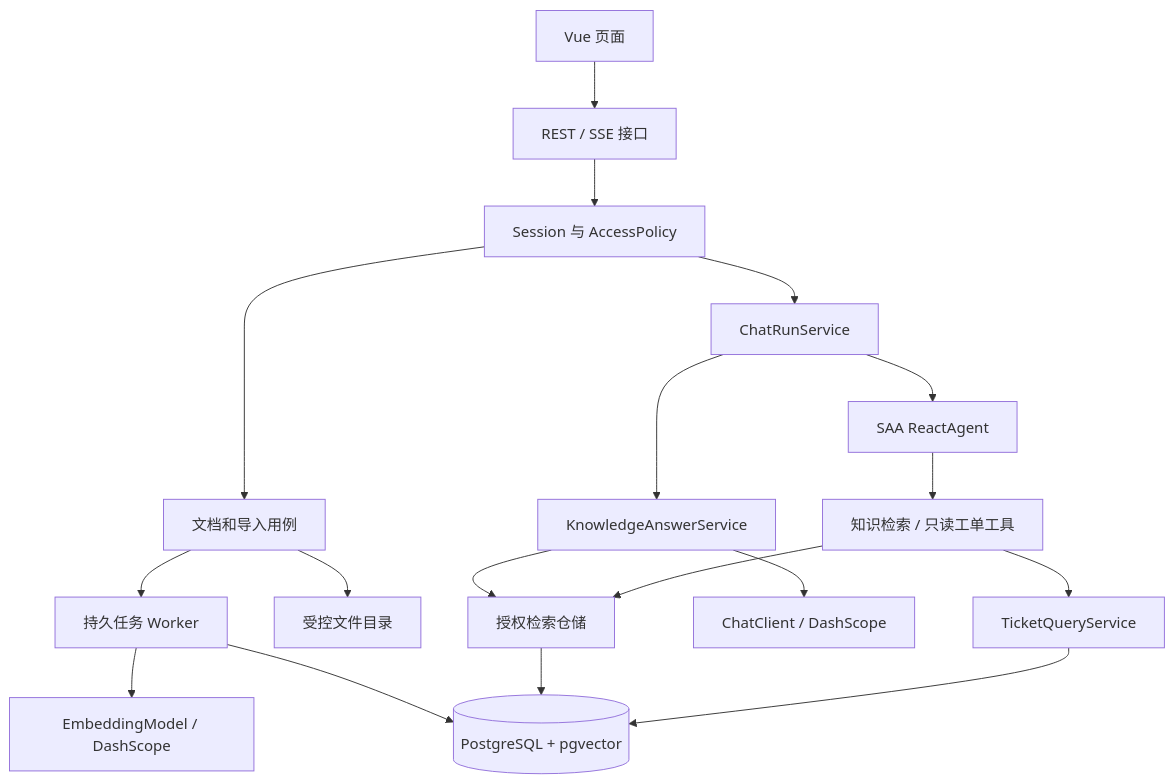
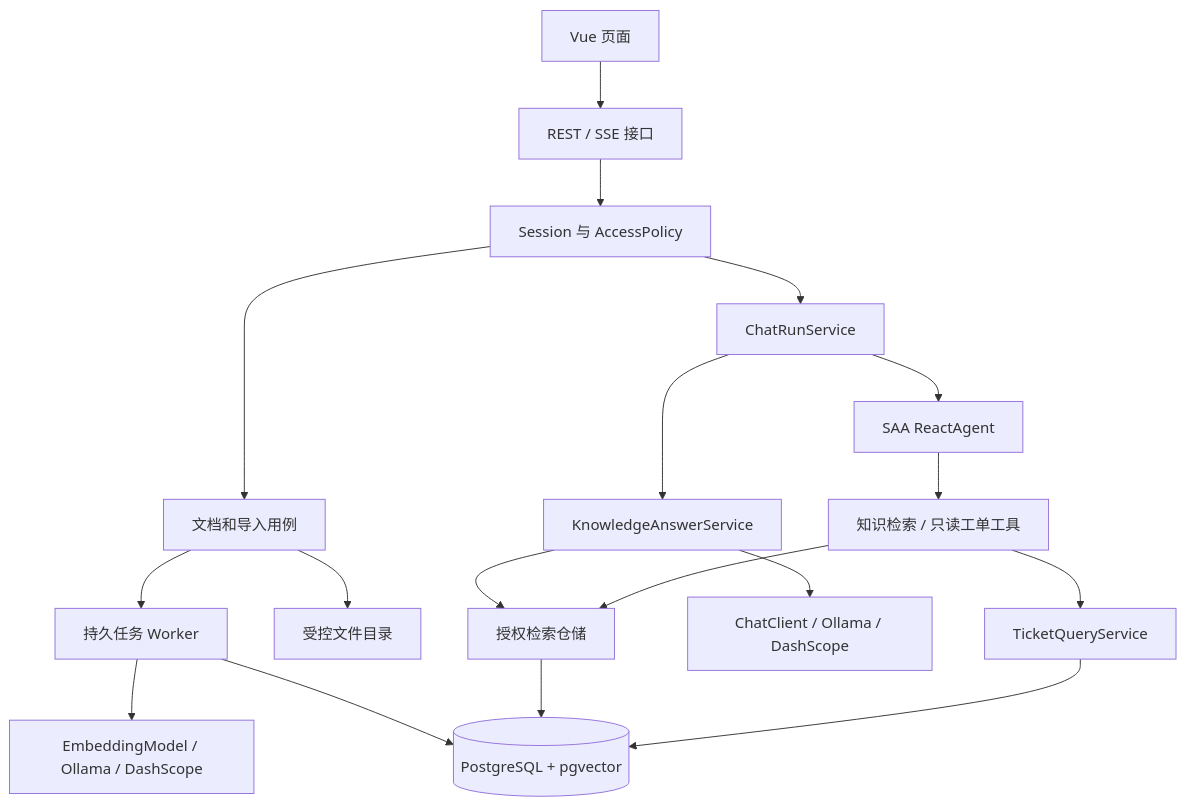
The first of 2 diagrams in doc/技术设计大纲.md (linhaha-ai/support-ai), drawn with Mermaid before and after one commit. The commit also changed other lines of this file and 40 other files, not shown here.

First line of the commit message:
feat: 建立 F01 工程基础并支持 Ollama 与 DashScope

````diff
--- a/doc/技术设计大纲.md
+++ b/doc/技术设计大纲.md
@@ -191,20 +194,20 @@
 ```mermaid
 flowchart TB
   WEB[Vue 页面] --> API[REST / SSE 接口]
   API --> AUTH[Session 与 AccessPolicy]
   AUTH --> DOC[文档和导入用例]
   AUTH --> RUN[ChatRunService]
   DOC --> WORKER[持久任务 Worker]
-  WORKER --> EMB[EmbeddingModel / DashScope]
+  WORKER --> EMB[EmbeddingModel / Ollama / DashScope]
   WORKER --> PG[(PostgreSQL + pgvector)]
   DOC --> FS[受控文件目录]
   RUN --> RAG[KnowledgeAnswerService]
   RAG --> RET[授权检索仓储]
   RET --> PG
-  RAG --> CHAT[ChatClient / DashScope]
+  RAG --> CHAT[ChatClient / Ollama / DashScope]
   RUN --> AGENT[SAA ReactAgent]
   AGENT --> TOOLS[知识检索 / 只读工单工具]
   TOOLS --> RET
   TOOLS --> TICKET[TicketQueryService]
   TICKET --> PG
 ```
````
